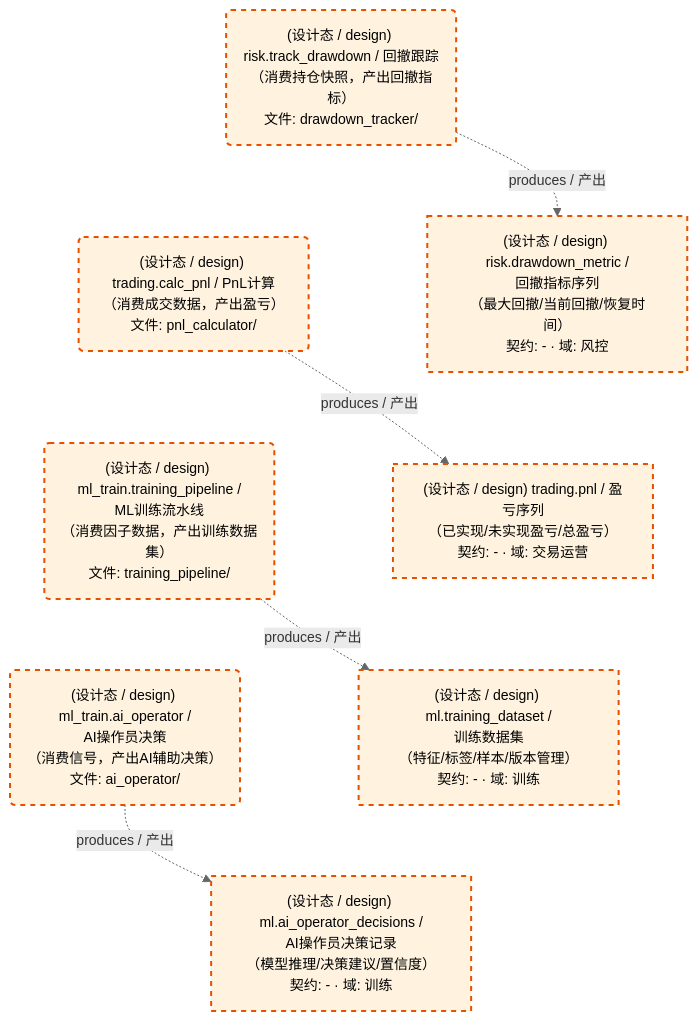
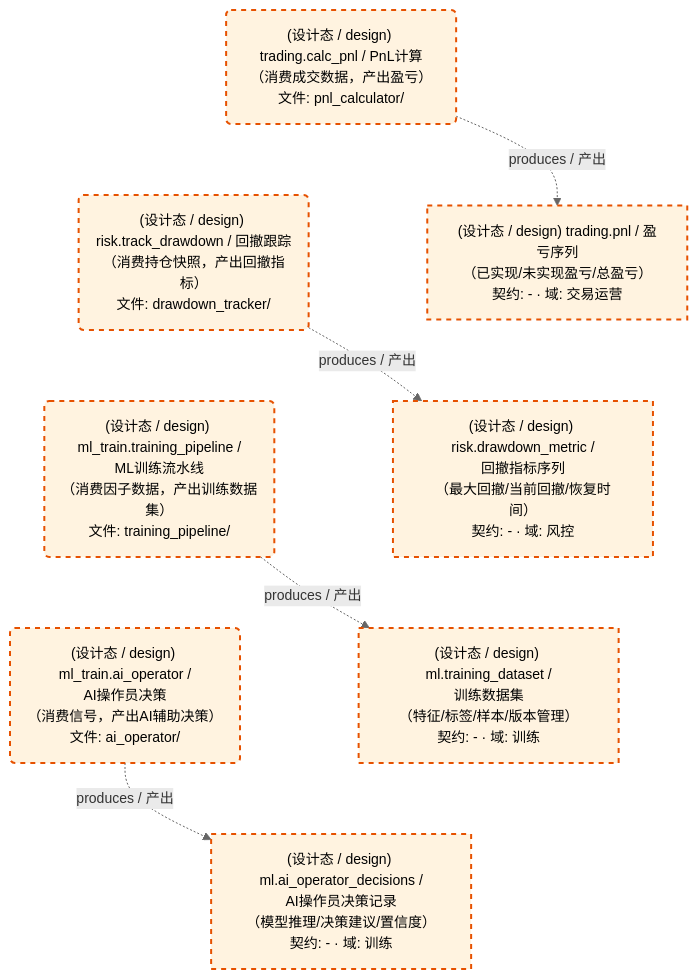
The third of 3 diagrams in docs/02_enterprise_architecture/05_dataflow_architecture/d_others.md (xuanFelixVan/ZephyrAlpha), drawn with Mermaid before and after one commit. The commit also changed other lines of this file and 42 other files, not shown here.

````diff
--- a/docs/02_enterprise_architecture/05_dataflow_architecture/d_others.md
+++ b/docs/02_enterprise_architecture/05_dataflow_architecture/d_others.md
@@ -108,27 +108,27 @@
 ```mermaid
 %%{init: {'theme': 'base', 'themeVariables': {'primaryColor': '#eaeaea', 'primaryTextColor': '#333333', 'primaryBorderColor': '#666666', 'lineColor': '#666666', 'secondaryColor': '#eaeaea', 'tertiaryColor': '#eaeaea', 'clusterBkg': 'transparent', 'clusterBorder': 'transparent', 'fontSize': '14px'}}}%%
 flowchart TD
     DS11271["(设计态 / design) ml.ai_operator_decisions /<br/>AI操作员决策记录<br/>（模型推理/决策建议/置信度）<br/>契约: - · 域: 训练"]
     DS11272["(设计态 / design) ml.training_dataset /<br/>训练数据集<br/>（特征/标签/样本/版本管理）<br/>契约: - · 域: 训练"]
     DS11273["(设计态 / design) risk.drawdown_metric /<br/>回撤指标序列<br/>（最大回撤/当前回撤/恢复时间）<br/>契约: - · 域: 风控"]
     DS11274["(设计态 / design) trading.pnl / 盈亏序列<br/>（已实现/未实现盈亏/总盈亏）<br/>契约: - · 域: 交易运营"]
     JOB757635("(设计态 / design) ml_train.ai_operator /<br/>AI操作员决策<br/>（消费信号，产出AI辅助决策）<br/>文件: ai_operator/")
     JOB757636("(设计态 / design) ml_train.training_pipeline /<br/>ML训练流水线<br/>（消费因子数据，产出训练数据集）<br/>文件: training_pipeline/")
     JOB757637("(设计态 / design) risk.track_drawdown / 回撤跟踪<br/>（消费持仓快照，产出回撤指标）<br/>文件: drawdown_tracker/")
     JOB757638("(设计态 / design) trading.calc_pnl / PnL计算<br/>（消费成交数据，产出盈亏）<br/>文件: pnl_calculator/")
     JOB757635 -.->|produces / 产出| DS11271
     JOB757636 -.->|produces / 产出| DS11272
     JOB757637 -.->|produces / 产出| DS11273
     JOB757638 -.->|produces / 产出| DS11274
-    JOB757637 ~~~ JOB757638
-    JOB757638 ~~~ JOB757636
+    JOB757638 ~~~ JOB757637
+    JOB757637 ~~~ JOB757636
     JOB757636 ~~~ JOB757635
-    DS11273 ~~~ DS11274
-    DS11274 ~~~ DS11272
+    DS11274 ~~~ DS11273
+    DS11273 ~~~ DS11272
     DS11272 ~~~ DS11271
     classDef production fill:#e1f5fe,stroke:#01579b,stroke-width:2px,color:#000
     classDef design fill:#fff3e0,stroke:#e65100,stroke-width:2px,color:#000,stroke-dasharray: 5 5
     classDef external_prod fill:#e8f4fd,stroke:#0277bd,stroke-width:1px,color:#000
     classDef external_design fill:#fff8e7,stroke:#ef6c00,stroke-width:1px,color:#000,stroke-dasharray: 5 5
     class DS11271,DS11272,DS11273,DS11274,JOB757635,JOB757636,JOB757637,JOB757638 design
 ```
````
